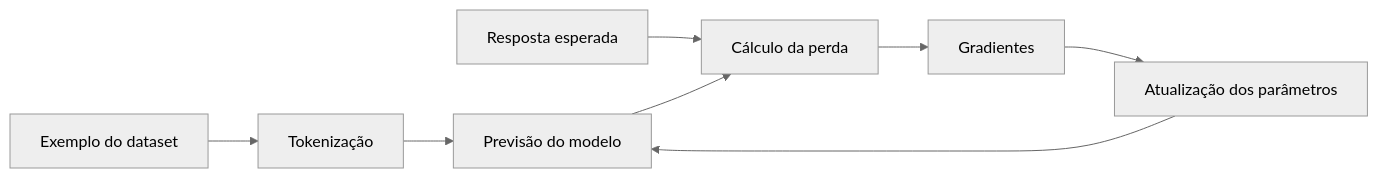
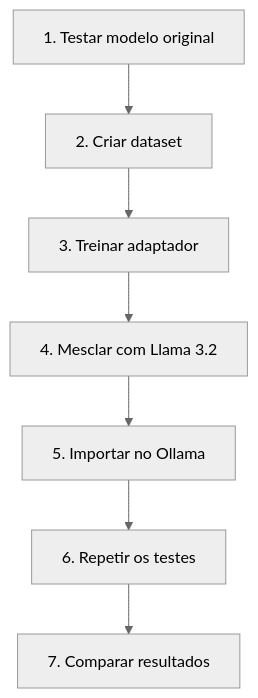
One commit to luciano-alexandre/topicos-avancados changed the second of 2 diagrams in docs/encontros/encontro-15.md. Above: the diagram before and after it, drawn with Mermaid (neutral theme). The commit also changed other lines of this file, not shown here.

````diff
--- a/docs/encontros/encontro-15.md
+++ b/docs/encontros/encontro-15.md
@@ -279,10 +63,9 @@
 ```mermaid
-flowchart LR
-    E[Exemplo do dataset] --> K[Tokenização]
-    K --> P[Previsão do modelo]
-    R[Resposta esperada] --> L[Cálculo da perda]
-    P --> L
-    L --> G[Gradientes]
-    G --> U[Atualização dos parâmetros]
-    U --> P
+flowchart TD
+    A[1. Testar modelo original] --> B[2. Criar dataset]
+    B --> C[3. Treinar adaptador]
+    C --> D[4. Mesclar com Llama 3.2]
+    D --> E[5. Importar no Ollama]
+    E --> F[6. Repetir os testes]
+    F --> G[7. Comparar resultados]
 ```
````
